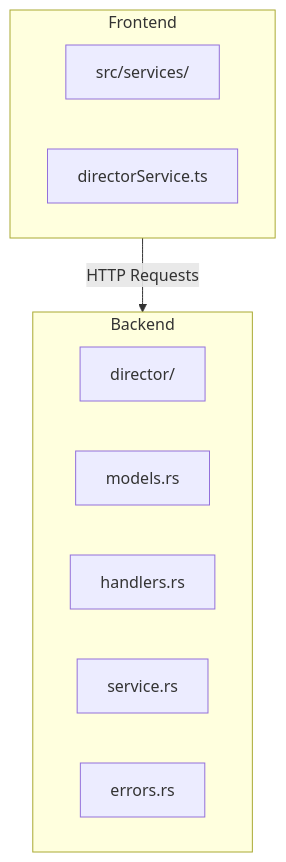
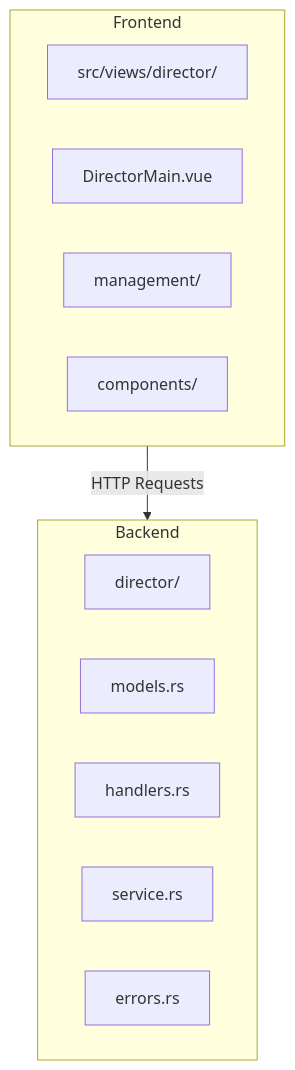
The first of 14 diagrams in .qoder/repowiki/zh/content/导演控制台功能.md (ITX351/royale-arena), drawn with Mermaid before and after one commit. The commit also changed other lines of this file and 7 other files, not shown here.

````diff
--- a/.qoder/repowiki/zh/content/导演控制台功能.md
+++ b/.qoder/repowiki/zh/content/导演控制台功能.md
@@ -42,15 +43,17 @@
 ```mermaid
 graph TB
 subgraph "Backend"
 Director[director/]
 Models[models.rs]
 Handlers[handlers.rs]
 Service[service.rs]
 Errors[errors.rs]
 end
 subgraph "Frontend"
-Services[src/services/]
-DirectorService[directorService.ts]
+Views[src/views/director/]
+Main[DirectorMain.vue]
+Management[management/]
+Components[components/]
 end
 Frontend --> |HTTP Requests| Backend
 ```
````
